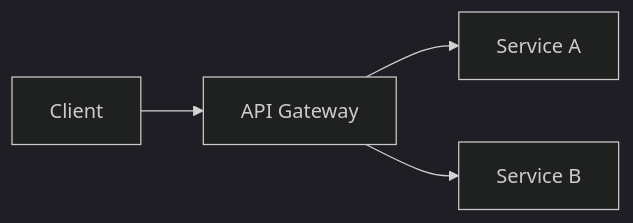
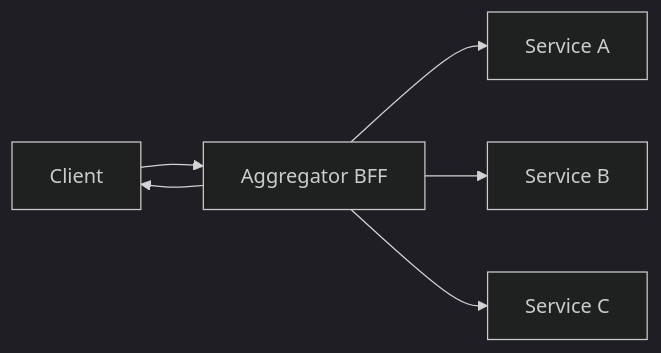
The seventh of 23 diagrams in 07-api-desing/README.md (hareramcse/SystemDesign), drawn with Mermaid (dark theme) before and after one commit. The commit also changed other lines of this file and 15 other files, not shown here.

````diff
--- a/07-api-desing/README.md
+++ b/07-api-desing/README.md
@@ -41,6 +347,8 @@
 ```mermaid
 flowchart LR
-    C[Client] --> G[API Gateway]
-    G --> S1[Service A]
-    G --> S2[Service B]
+    Client --> Agg[Aggregator BFF]
+    Agg --> S1[Service A]
+    Agg --> S2[Service B]
+    Agg --> S3[Service C]
+    Agg --> Client
 ```
````
